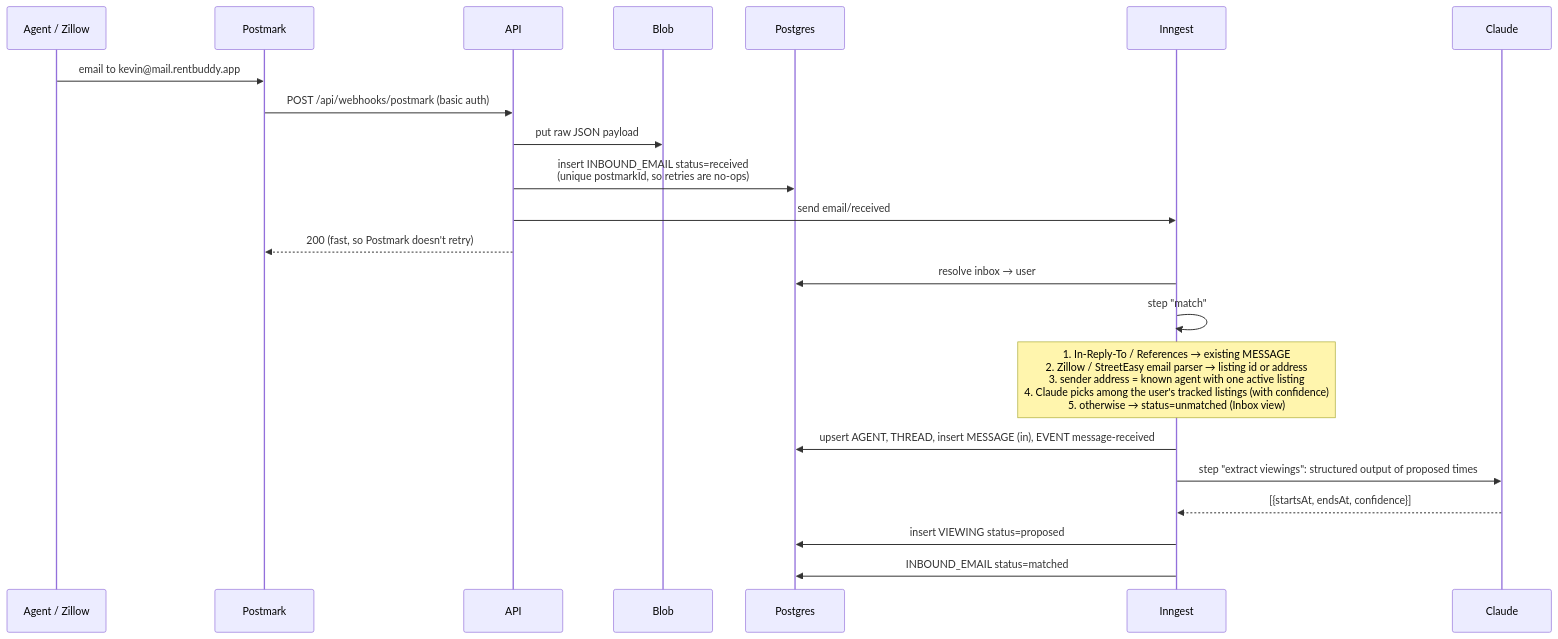
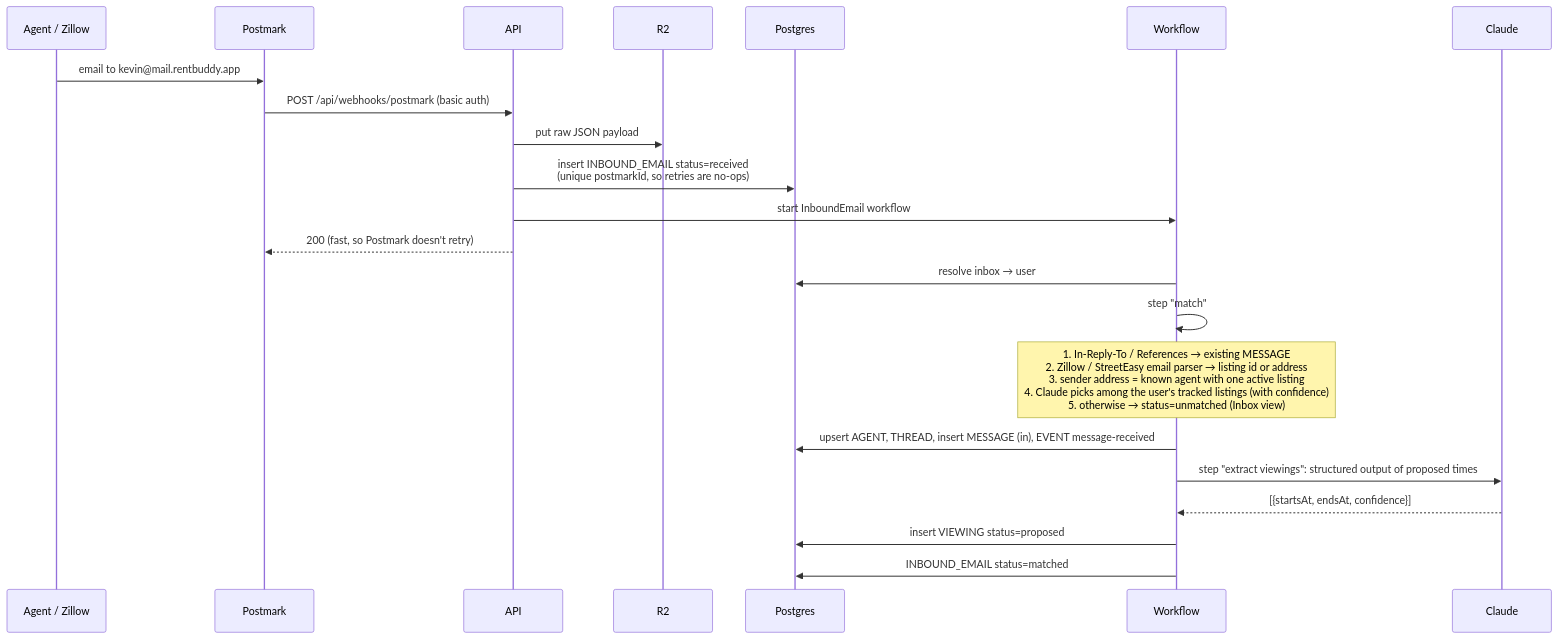
One commit to kvnyng/rentbuddy changed the eighth of 9 diagrams in docs/architecture.md. Above: the diagram before and after it, drawn with Mermaid. The commit also changed other lines of this file and 3 other files, not shown here.

First line of the commit message:
docs: move hosting to Cloudflare and add the M1-M4 roadmap

````diff
--- a/docs/architecture.md
+++ b/docs/architecture.md
@@ -349,26 +352,26 @@
 ```mermaid
 sequenceDiagram
   participant X as Agent / Zillow
   participant PM as Postmark
   participant A as API
-  participant B as Blob
+  participant B as R2
   participant D as Postgres
-  participant J as Inngest
+  participant J as Workflow
   participant L as Claude
 
   X->>PM: email to kevin@mail.rentbuddy.app
   PM->>A: POST /api/webhooks/postmark (basic auth)
   A->>B: put raw JSON payload
   A->>D: insert INBOUND_EMAIL status=received<br/>(unique postmarkId, so retries are no-ops)
-  A->>J: send email/received
+  A->>J: start InboundEmail workflow
   A-->>PM: 200 (fast, so Postmark doesn't retry)
 
   J->>D: resolve inbox → user
   J->>J: step "match"
   Note over J: 1. In-Reply-To / References → existing MESSAGE<br/>2. Zillow / StreetEasy email parser → listing id or address<br/>3. sender address = known agent with one active listing<br/>4. Claude picks among the user's tracked listings (with confidence)<br/>5. otherwise → status=unmatched (Inbox view)
   J->>D: upsert AGENT, THREAD, insert MESSAGE (in), EVENT message-received
   J->>L: step "extract viewings": structured output of proposed times
   L-->>J: [{startsAt, endsAt, confidence}]
   J->>D: insert VIEWING status=proposed
   J->>D: INBOUND_EMAIL status=matched
 ```
````
